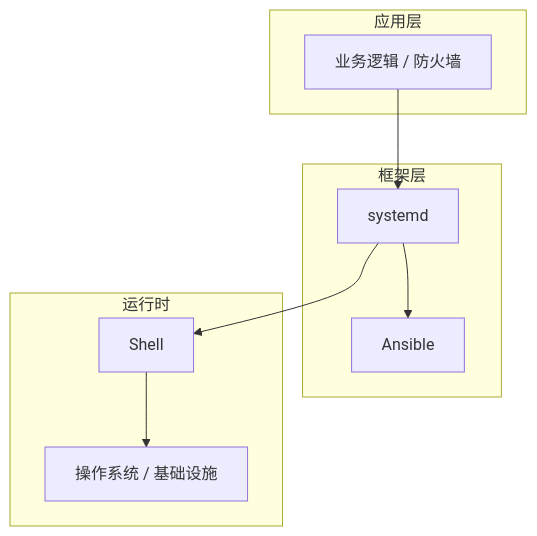
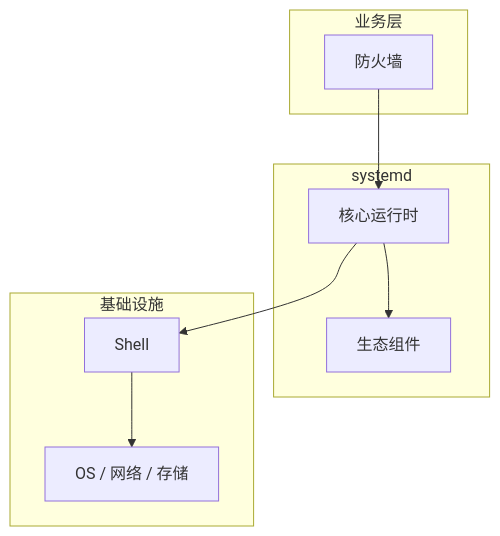
The diagram in articles/Linux运维/chapters/043-防火墙核心概念与原理.md (yanggan2015/knowledge-json-v2), drawn with Mermaid before and after one commit. The commit also changed other lines of this file and 10127 other files, not shown here.

````diff
--- a/articles/Linux运维/chapters/043-防火墙核心概念与原理.md
+++ b/articles/Linux运维/chapters/043-防火墙核心概念与原理.md
@@ -45,18 +34,18 @@
 ```mermaid
 graph TB
-    subgraph 应用层
-        A[业务逻辑 / 防火墙]
+    subgraph 业务层
+        A[防火墙]
     end
-    subgraph 框架层
-        B[systemd]
-        C[Ansible]
+    subgraph systemd
+        B[核心运行时]
+        C[生态组件]
     end
-    subgraph 运行时
+    subgraph 基础设施
         D[Shell]
-        E[操作系统 / 基础设施]
+        E[OS / 网络 / 存储]
     end
     A --> B
     B --> C
     B --> D
     D --> E
 ```
````
